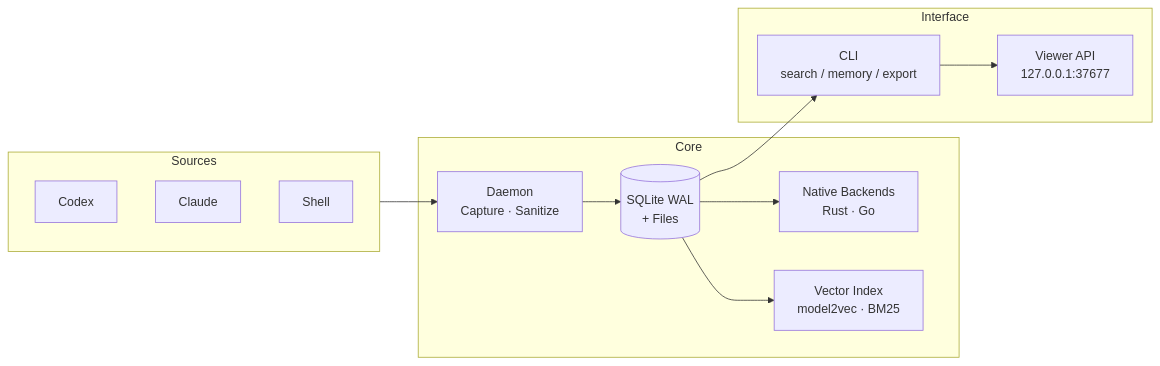
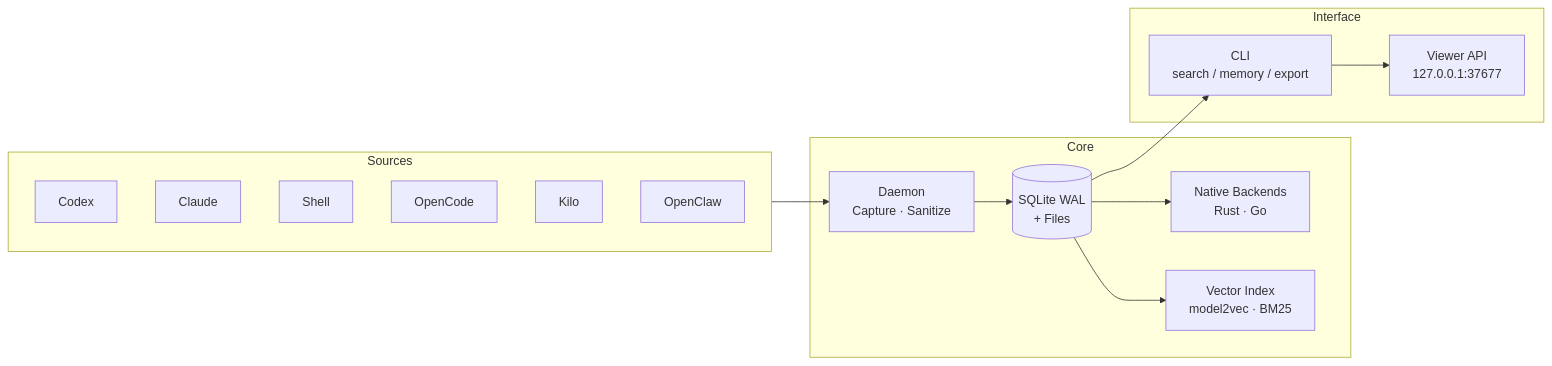
Before and after one commit to dunova/context-mesh-foundry: the first of 2 diagrams in README.md, drawn with Mermaid. The commit also changed other lines of this file and 16 other files, not shown here.

````diff
--- a/README.md
+++ b/README.md
@@ -192,27 +192,30 @@
 ```mermaid
 flowchart LR
     subgraph Sources
         A1[Codex]
         A2[Claude]
         A3[Shell]
+        A4[OpenCode]
+        A5[Kilo]
+        A6[OpenClaw]
     end
 
     subgraph Core
         B[Daemon\nCapture &middot; Sanitize]
         C[(SQLite WAL\n+ Files)]
         F[Native Backends\nRust &middot; Go]
         V[Vector Index\nmodel2vec &middot; BM25]
     end
 
     subgraph Interface
         D[CLI\nsearch / memory / export]
         E[Viewer API\n127.0.0.1:37677]
     end
 
     Sources --> B
     B --> C
     C --> F
     C --> V
     C --> D
     D --> E
 ```
````
